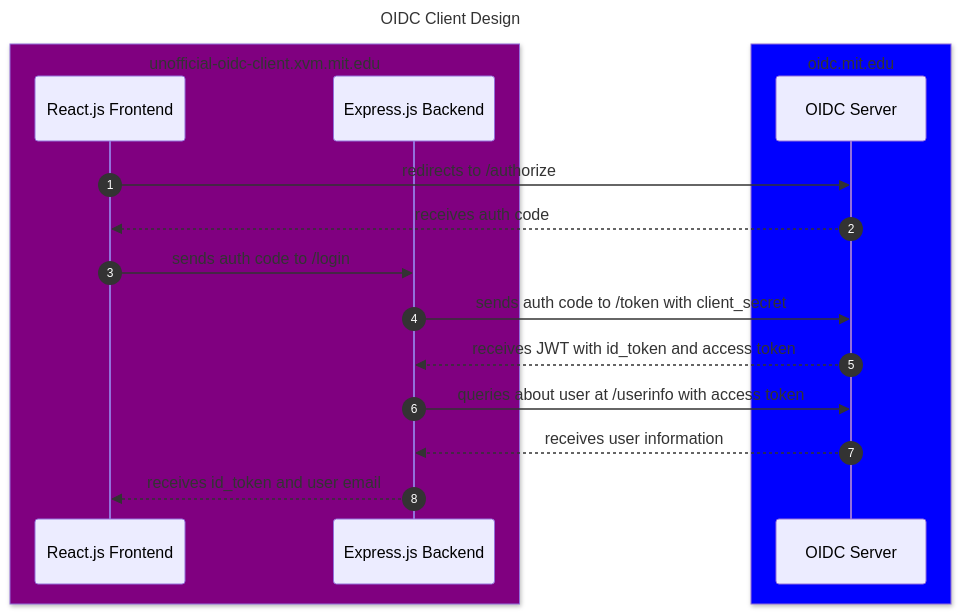
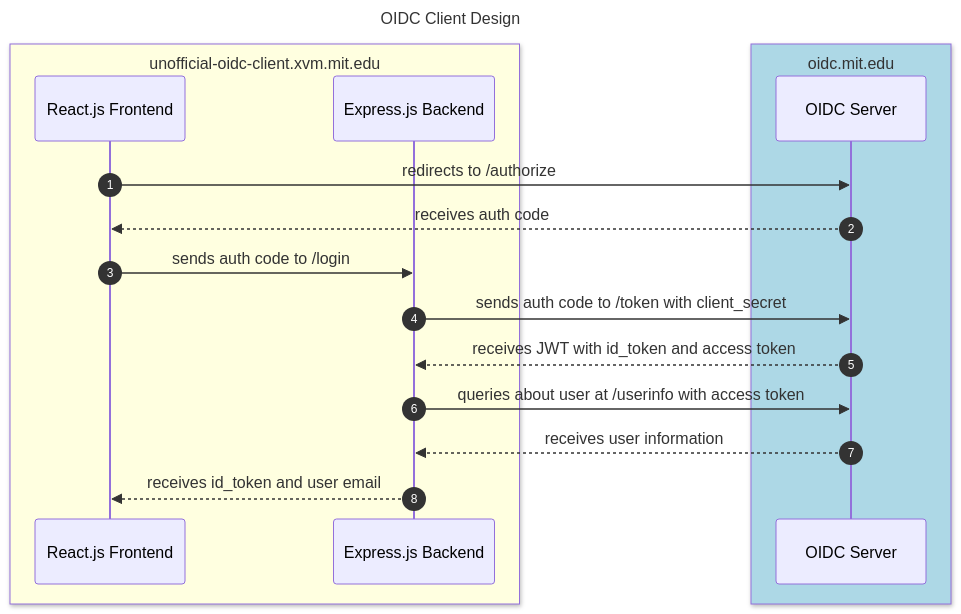
The diagram in README.md (mit-oidc-client/mit-oidc-client), drawn with Mermaid before and after one commit. The commit also changed other lines of this file, not shown here.

Commit message:
Fix confusion between OIDC and Shimer

````diff
--- a/README.md
+++ b/README.md
@@ -190,23 +190,23 @@
 ```mermaid
 ---
 title: OIDC Client Design
 ---
 sequenceDiagram
     autonumber
-    box purple unofficial-oidc-client.xvm.mit.edu
+    box lightyellow unofficial-oidc-client.xvm.mit.edu
     participant Frontend as React.js Frontend
     participant Backend as Express.js Backend
     end
-    box blue oidc.mit.edu
+    box lightblue oidc.mit.edu
     participant OIDC as OIDC Server
     end
     
     Frontend ->> OIDC:  redirects to /authorize
     OIDC -->> Frontend: receives auth code
     Frontend ->> Backend: sends auth code to /login
     Backend ->> OIDC: sends auth code to /token with client_secret
     OIDC -->> Backend: receives JWT with id_token and access token
     Backend ->> OIDC: queries about user at /userinfo with access token
     OIDC -->> Backend: receives user information
     Backend -->> Frontend: receives id_token and user email
 ```
````
